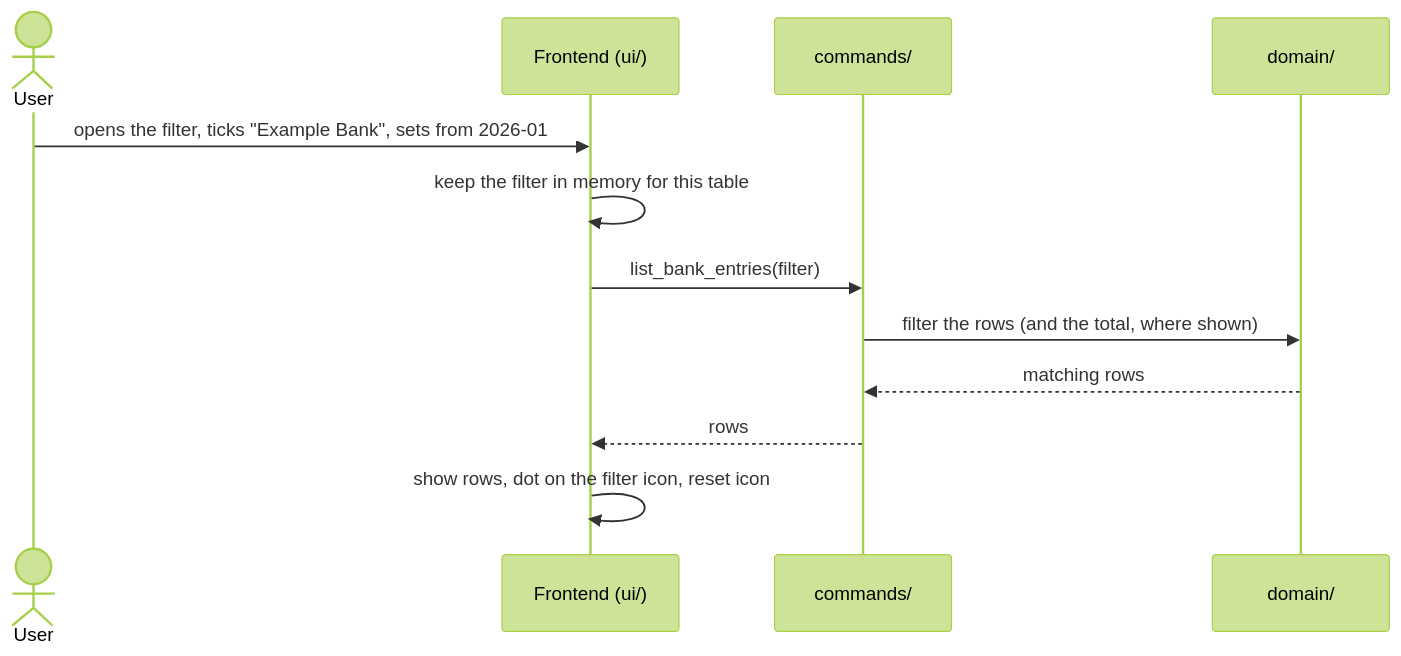
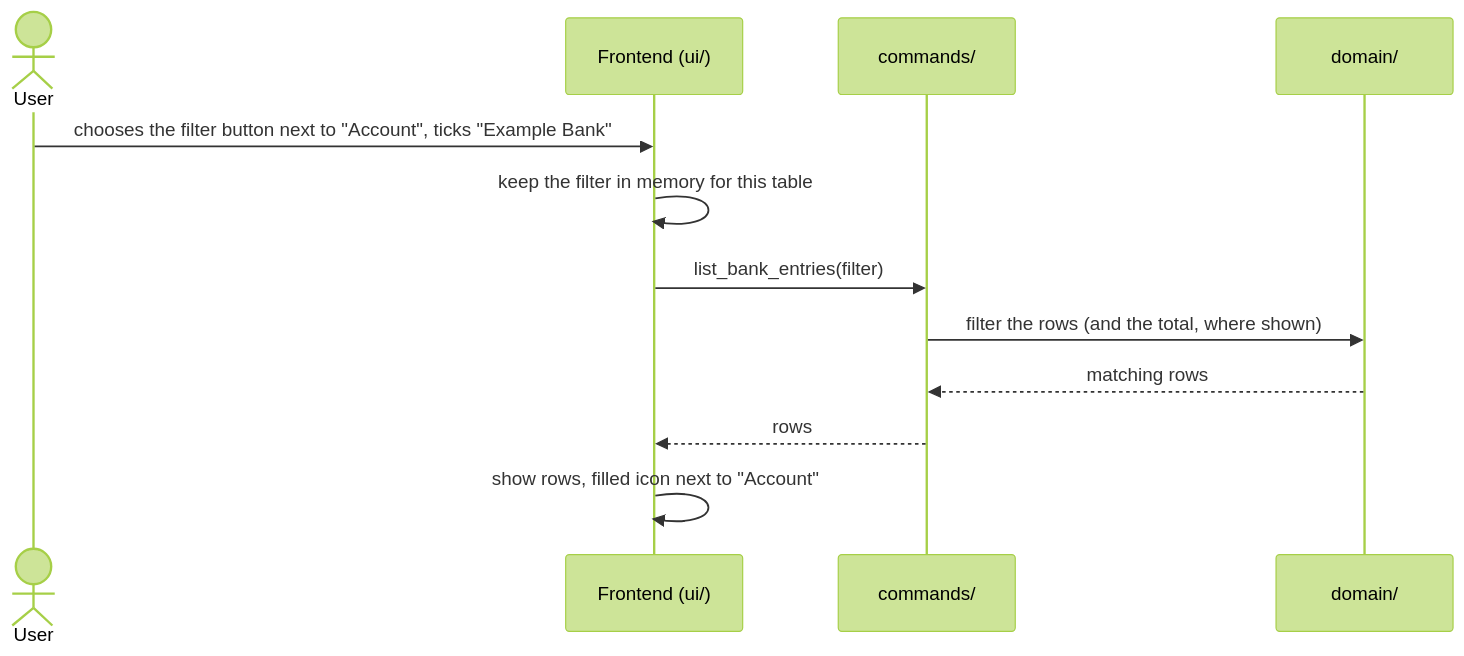
One commit to BardoelT/varde changed the diagram in docs/csd/CSD-028-statement-table-filters.md. Above: the diagram before and after it, drawn with Mermaid (forest theme). The commit also changed other lines of this file, not shown here.

First line of the commit message:
docs(csd): amend CSD-028 for column filters, reset button and panel placement

````diff
--- a/docs/csd/CSD-028-statement-table-filters.md
+++ b/docs/csd/CSD-028-statement-table-filters.md
@@ -50,14 +50,14 @@
 ```mermaid
 sequenceDiagram
     actor U as User
     participant UI as Frontend (ui/)
     participant CMD as commands/
     participant DOM as domain/
-    U->>UI: opens the filter, ticks "Example Bank", sets from 2026-01
+    U->>UI: chooses the filter button next to "Account", ticks "Example Bank"
     UI->>UI: keep the filter in memory for this table
     UI->>CMD: list_bank_entries(filter)
     CMD->>DOM: filter the rows (and the total, where shown)
     DOM-->>CMD: matching rows
     CMD-->>UI: rows
-    UI->>UI: show rows, dot on the filter icon, reset icon
+    UI->>UI: show rows, filled icon next to "Account"
 ```
````
